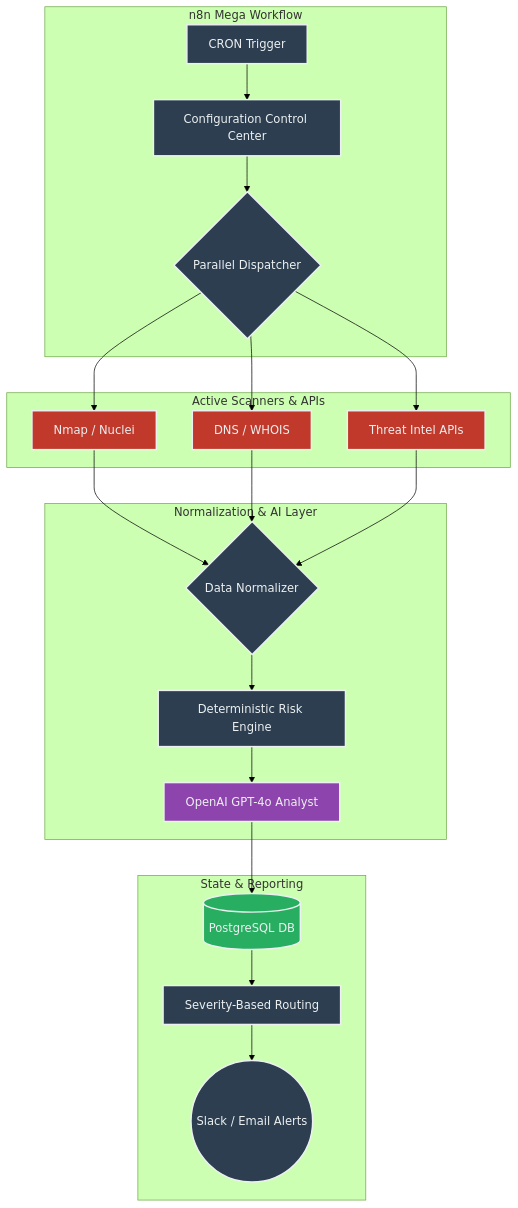
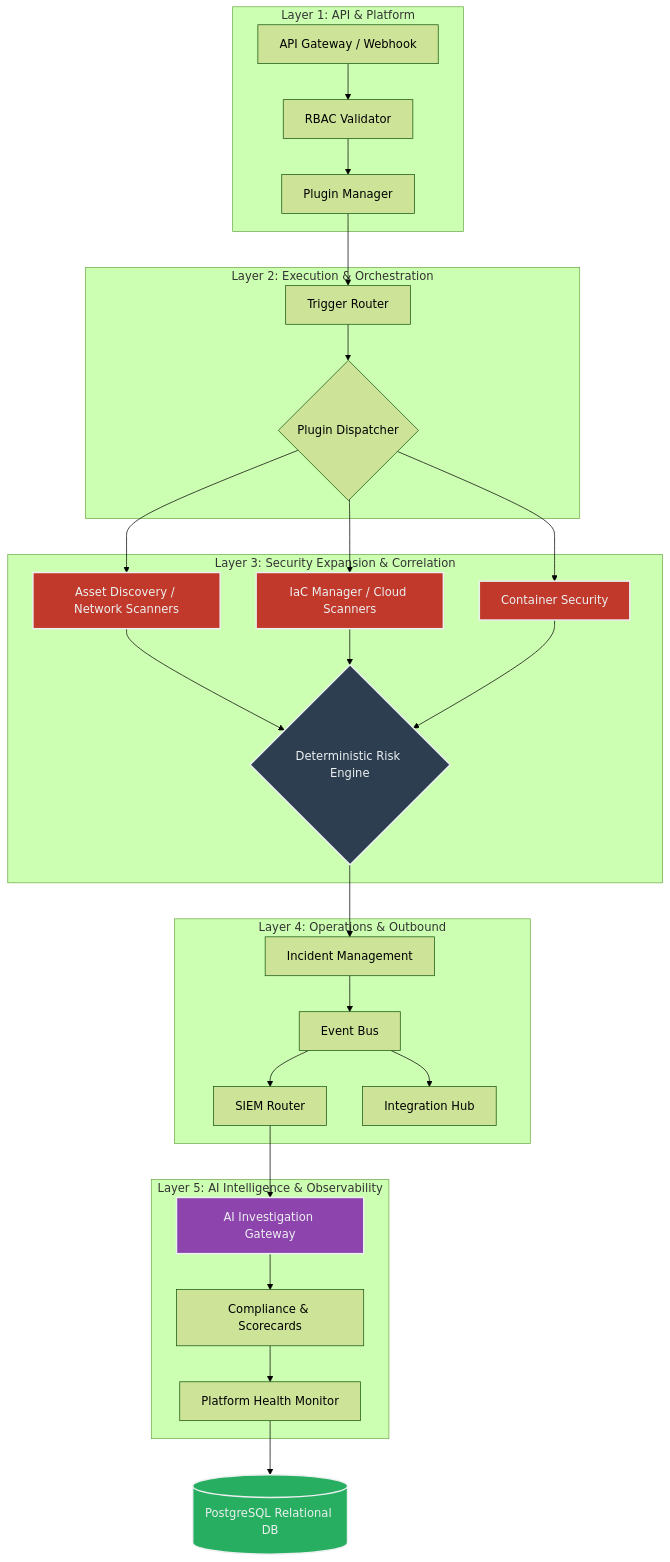
The diagram in README.md (RishvinReddy/AI-Security-Guardian), drawn with Mermaid (forest theme) before and after one commit. The commit also changed other lines of this file and 18 other files, not shown here.

````diff
--- a/README.md
+++ b/README.md
@@ -46,34 +53,41 @@
 ```mermaid
 graph TD
     classDef core fill:#2c3e50,stroke:#ecf0f1,stroke-width:2px,color:#ecf0f1;
     classDef tools fill:#c0392b,stroke:#ecf0f1,stroke-width:2px,color:#ecf0f1;
     classDef data fill:#27ae60,stroke:#ecf0f1,stroke-width:2px,color:#ecf0f1;
     classDef ai fill:#8e44ad,stroke:#ecf0f1,stroke-width:2px,color:#ecf0f1;
 
-    subgraph Orchestration Layer [n8n Mega Workflow]
-        A[CRON Trigger] --> B[Configuration Control Center]
-        B --> C{Parallel Dispatcher}
+    subgraph Layer 1: API & Platform
+        A[API Gateway / Webhook] --> B[RBAC Validator]
+        B --> C[Plugin Manager]
     end
 
-    subgraph Execution Layer [Active Scanners & APIs]
-        C --> D[Nmap / Nuclei]:::tools
-        C --> E[DNS / WHOIS]:::tools
-        C --> F[Threat Intel APIs]:::tools
+    subgraph Layer 2: Execution & Orchestration
+        C --> D[Trigger Router]
+        D --> E{Plugin Dispatcher}
     end
 
-    subgraph Normalization & AI Layer
-        D --> G{Data Normalizer}:::core
-        E --> G
-        F --> G
-        G --> H[Deterministic Risk Engine]:::core
-        H --> I[OpenAI GPT-4o Analyst]:::ai
+    subgraph Layer 3: Security Expansion & Correlation
+        E --> F[Asset Discovery / Network Scanners]:::tools
+        E --> G[IaC Manager / Cloud Scanners]:::tools
+        E --> T[Container Security]:::tools
+        F --> H{Deterministic Risk Engine}:::core
+        G --> H
+        T --> H
     end
 
-    subgraph State & Reporting
-        I --> J[(PostgreSQL DB)]:::data
-        J --> K[Severity-Based Routing]
-        K --> L((Slack / Email Alerts)):::core
+    subgraph Layer 4: Operations & Outbound
+        H --> I[Incident Management]
+        I --> J[Event Bus]
+        J --> K[SIEM Router]
+        J --> L[Integration Hub]
     end
 
-    class A,B,C,G,H,K core;
+    subgraph Layer 5: AI Intelligence & Observability
+        K --> M[AI Investigation Gateway]:::ai
+        M --> N[Compliance & Scorecards]
+        N --> O[Platform Health Monitor]
+    end
+
+    O --> P[(PostgreSQL Relational DB)]:::data
 ```
````
